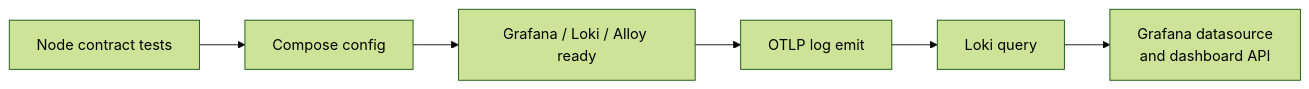
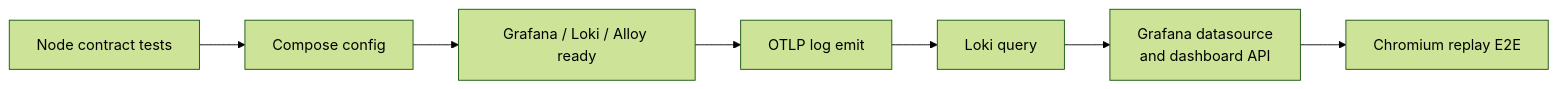
Before and after one commit to lvucatmull/observability-platform: the diagram in docs/testing.md, drawn with Mermaid (forest theme). The commit also changed other lines of this file and 32 other files, not shown here.

````diff
--- a/docs/testing.md
+++ b/docs/testing.md
@@ -5,8 +17,9 @@
 ```mermaid
 flowchart LR
     T[Node contract tests] --> C[Compose config]
     C --> R[Grafana / Loki / Alloy ready]
     R --> O[OTLP log emit]
     O --> Q[Loki query]
     Q --> D[Grafana datasource\nand dashboard API]
+    D --> B[Chromium replay E2E]
 ```
````
